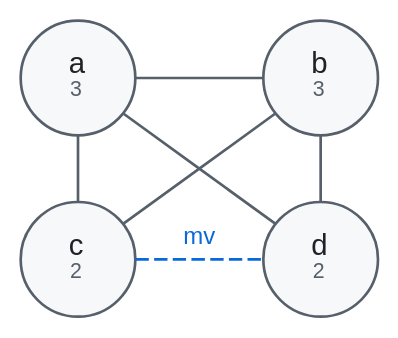
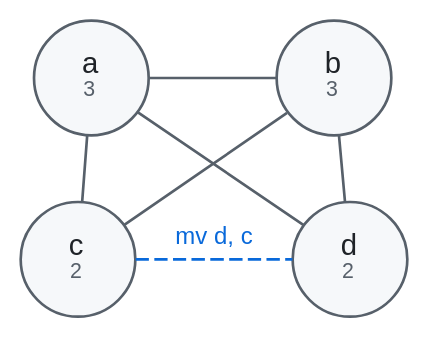
The diagram in Sable/compiler/doc/figures/step-build.dot (aita/CompLab), drawn with Graphviz before and after one commit. The commit also changed 2 other files, not shown here.

Commit message:
Show the code the walkthrough's graph comes from
Section 2 builds an interference graph out of real assembly and then section 4
produces a different graph from nowhere -- four nodes with degrees and a move
between two of them, and no way for a reader to check any of it.

The six instructions that give exactly that graph are now above the first
panel, with the backwards walk worked through: `bne` reads a and b so both are
live throughout, which puts an edge on each of them from c and from d and one
between themselves, and the `mv` is the one pair that does not become an edge.
Degrees 3, 3, 2, 2, which is what the panel shows.

The move is `mv d, c` in the code, so it is `mv d, c` in the figure and in the
prose too; it had been written in both directions.

The fragment says its live-out is empty.  Without that the branch leaves the
derivation open, and the whole point of putting the code there is that the
graph can be checked against it.

```diff
--- a/Sable/compiler/doc/figures/step-build.dot
+++ b/Sable/compiler/doc/figures/step-build.dot
@@ -1,27 +1,27 @@
 // One step of the loop, on the miniature used through section 4 of
 // doc/regalloc.md: K is 3 and there are four values.  The number under a name
 // is that node's degree at this point.
 //
 // The four step-*.dot files share the style block below; keep them in step.
 // Render with ./render.sh (needs graphviz).
 digraph build {
   rankdir = TB;
   bgcolor = "transparent";
   nodesep = 0.34;
   ranksep = 0.34;
   node [shape = circle, style = filled, fillcolor = "#f6f8fa",
         color = "#57606a", fontcolor = "#1f2328",
         fontname = "Helvetica", fontsize = 11, width = 0.60, fixedsize = true];
   edge [color = "#57606a", dir = none, fontcolor = "#57606a",
         fontname = "Helvetica", fontsize = 9];
 
   { rank = same; a; b; }
   { rank = same; c; d; }
   a [label = <a<BR/><FONT POINT-SIZE="8" COLOR="#57606a">3</FONT>>];
   b [label = <b<BR/><FONT POINT-SIZE="8" COLOR="#57606a">3</FONT>>];
   c [label = <c<BR/><FONT POINT-SIZE="8" COLOR="#57606a">2</FONT>>];
   d [label = <d<BR/><FONT POINT-SIZE="8" COLOR="#57606a">2</FONT>>];
 
   a -> b; a -> c; b -> c; a -> d; b -> d;
-  c -> d [style = dashed, color = "#0969da", label = "mv", fontcolor = "#0969da"];
+  c -> d [style = dashed, color = "#0969da", label = "mv d, c", fontcolor = "#0969da"];
 }
```
